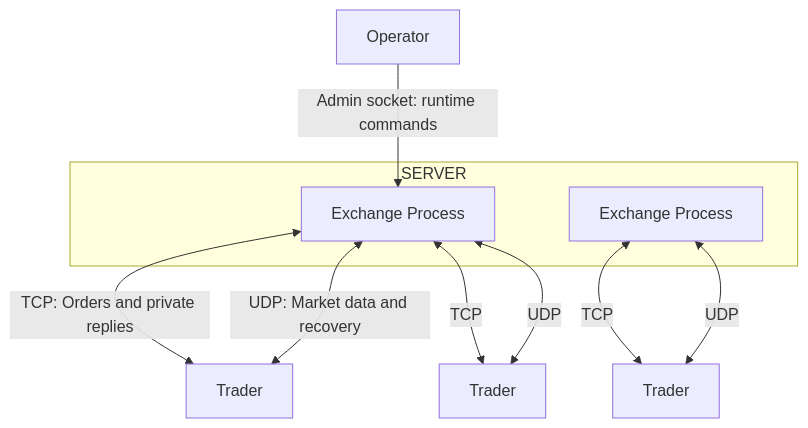
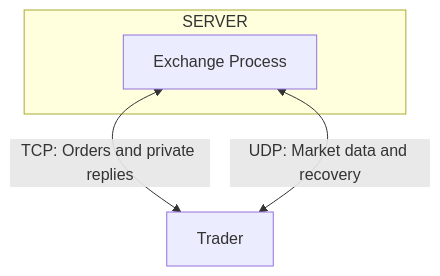
One commit to JediNakDev/exsim changed the diagram in README.md. Above: the diagram before and after it, drawn with Mermaid. The commit also changed other lines of this file and 1 other file, not shown here.

````diff
--- a/README.md
+++ b/README.md
@@ -5,14 +5,8 @@
 ```mermaid
 flowchart TD
   subgraph SERVER
     EX1[Exchange Process]
-    EX2[Exchange Process]
   end
-  OP[Operator] -->|"Admin socket: runtime commands"| EX1
   EX1 <-->|"TCP: Orders and private replies"| TD1[Trader]
   EX1 <-->|"UDP: Market data and recovery"| TD1
-  EX1 <-->|"TCP"| TD2[Trader]
-  EX1 <-->|"UDP"| TD2
-  EX2 <-->|"TCP"| TD3[Trader]
-  EX2 <-->|"UDP"| TD3
 ```
````
